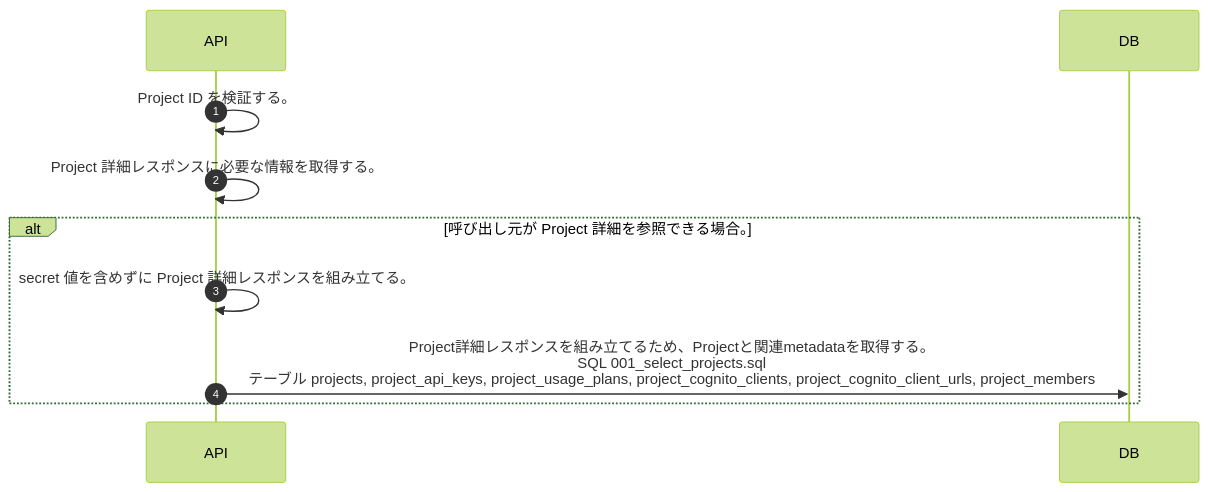
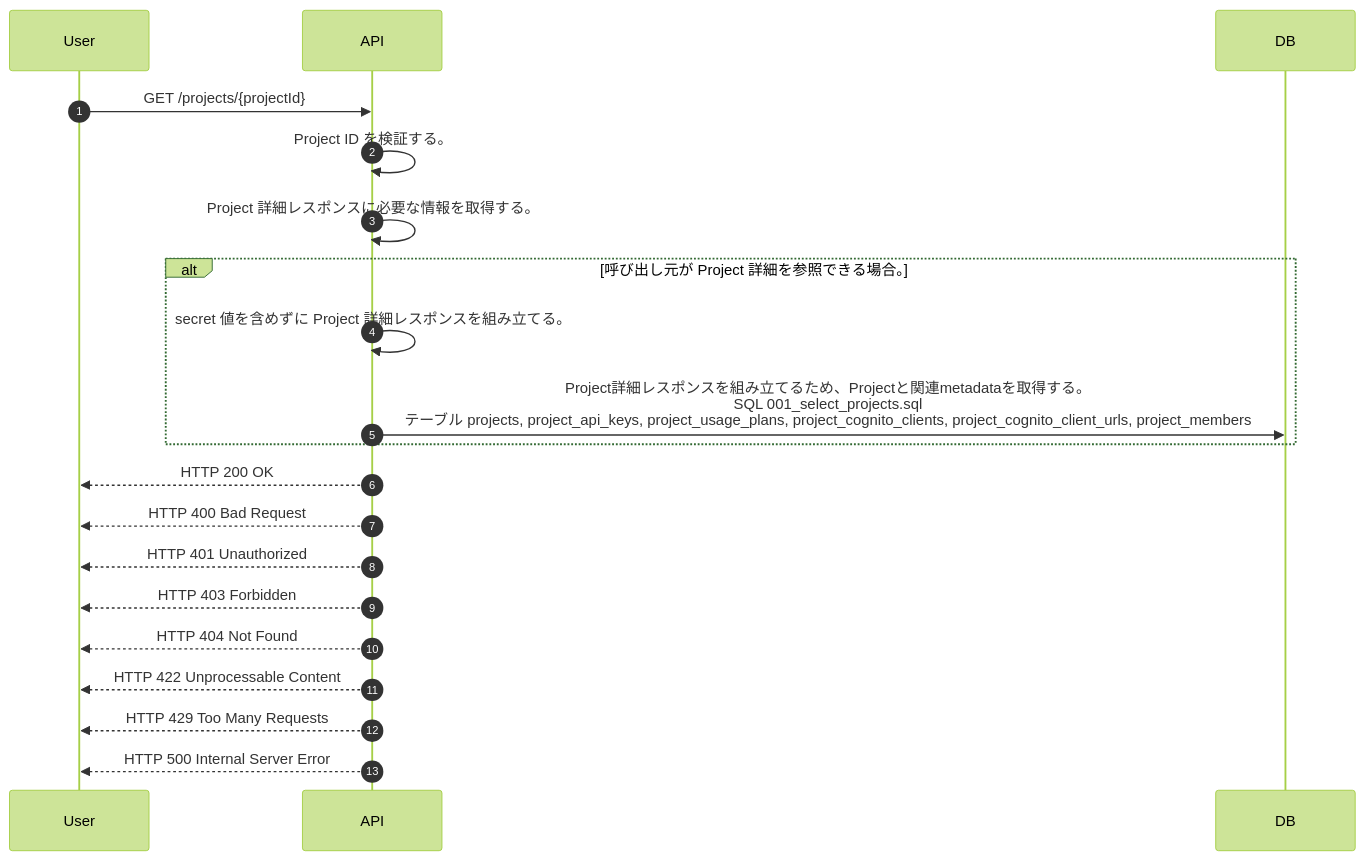
One commit to tsuji-tomonori/lazunex changed the diagram in docs/spec/40.apis/projects/get_project/sequence_gen.md. Above: the diagram before and after it, drawn with Mermaid (forest theme). The commit also changed 21 other files, not shown here.

Commit message:
✨ feat(sequence): HTTP status を sequence 生成に反映

````diff
--- a/docs/spec/40.apis/projects/get_project/sequence_gen.md
+++ b/docs/spec/40.apis/projects/get_project/sequence_gen.md
@@ -5,12 +5,22 @@
 ```mermaid
 sequenceDiagram
   autonumber
+  participant User as User
   participant API as API
   participant DB as DB
+  User->>API: GET /projects/{projectId}
   API->>API: Project ID を検証する。
   API->>API: Project 詳細レスポンスに必要な情報を取得する。
   alt 呼び出し元が Project 詳細を参照できる場合。
     API->>API: secret 値を含めずに Project 詳細レスポンスを組み立てる。
     API->>DB: Project詳細レスポンスを組み立てるため、Projectと関連metadataを取得する。<br/>SQL 001_select_projects.sql<br/>テーブル projects, project_api_keys, project_usage_plans, project_cognito_clients, project_cognito_client_urls, project_members
   end
+  API-->>User: HTTP 200 OK
+  API-->>User: HTTP 400 Bad Request
+  API-->>User: HTTP 401 Unauthorized
+  API-->>User: HTTP 403 Forbidden
+  API-->>User: HTTP 404 Not Found
+  API-->>User: HTTP 422 Unprocessable Content
+  API-->>User: HTTP 429 Too Many Requests
+  API-->>User: HTTP 500 Internal Server Error
 ```
````
